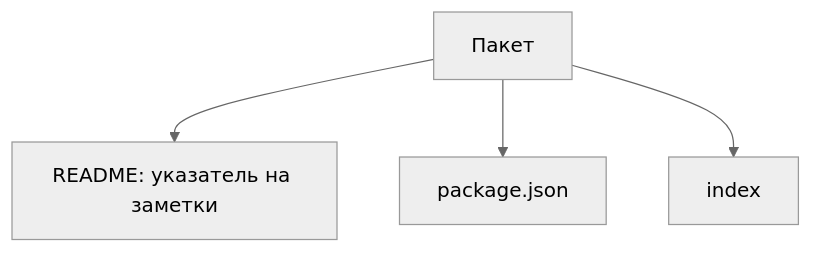
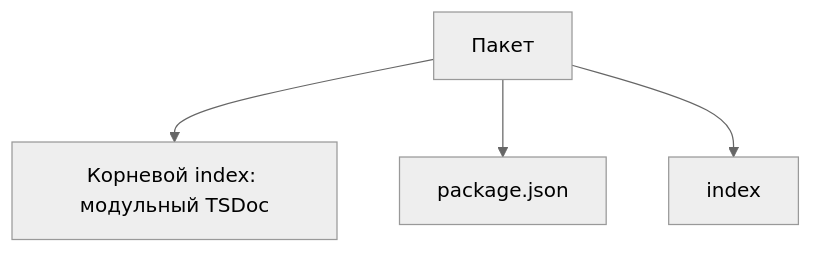
One commit to zavx0z/storybook changed the diagram in archetypes/package/notes/structure.md. Above: the diagram before and after it, drawn with Mermaid (neutral theme). The commit also changed other lines of this file and 27 other files, not shown here.

````diff
--- a/archetypes/package/notes/structure.md
+++ b/archetypes/package/notes/structure.md
@@ -9,6 +9,6 @@
 ```mermaid
 flowchart TB
-  package["Пакет"] --> readme["README: указатель на заметки"]
+  package["Пакет"] --> docs["Корневой index: модульный TSDoc"]
   package --> manifest["package.json"]
   package --> entry["index"]
 ```
````
